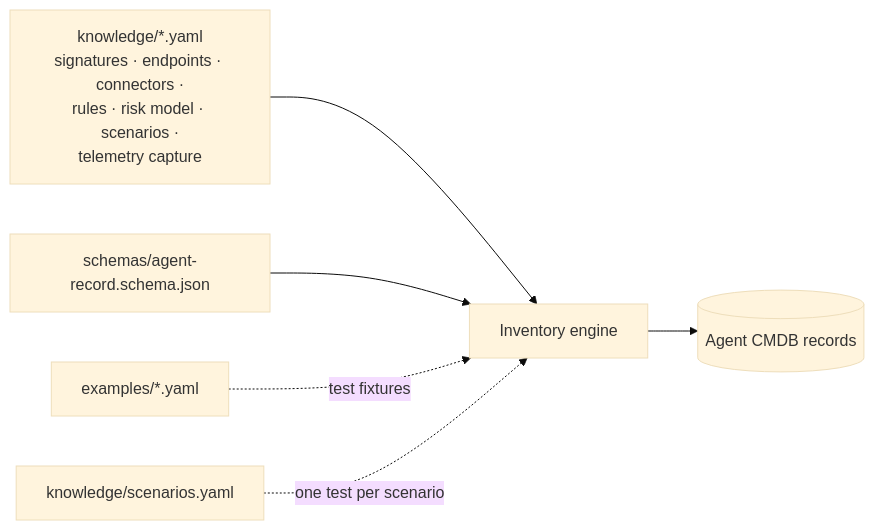
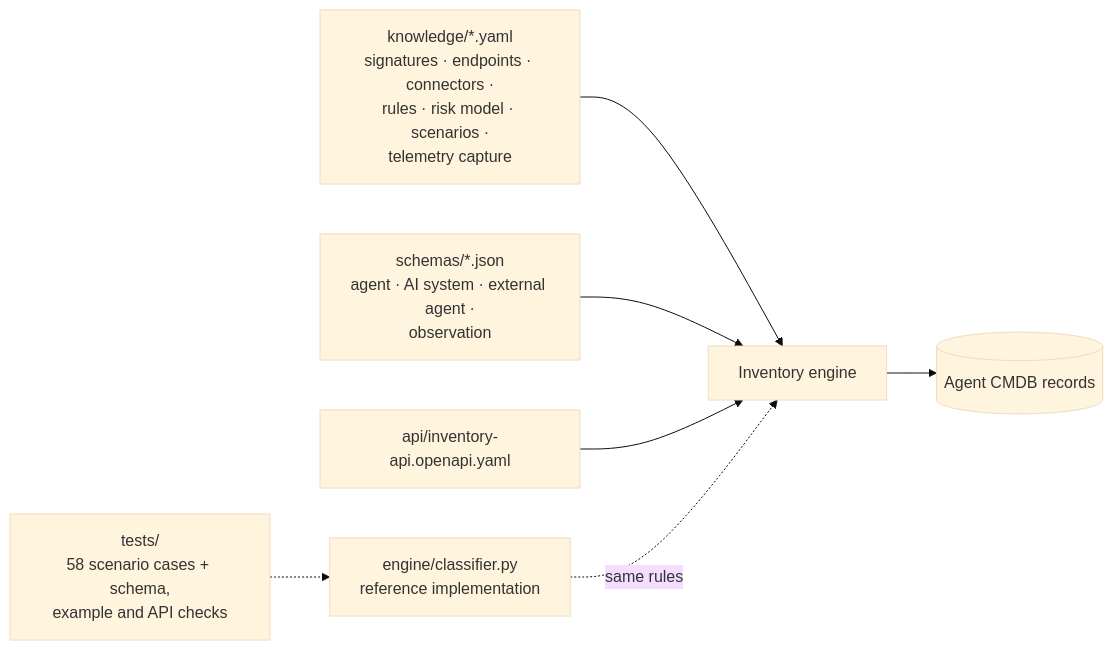
The sixth of 6 diagrams in README.md (r0hitpilla/Agentic-AI), drawn with Mermaid (base theme) before and after one commit. The commit also changed other lines of this file and 35 other files, not shown here.

First line of the commit message:
Close the buildability gaps: deployment, contracts, engine, tests

````diff
--- a/README.md
+++ b/README.md
@@ -218,8 +224,9 @@
 ```mermaid
 flowchart LR
     K["knowledge/*.yaml<br/>signatures · endpoints · connectors ·<br/>rules · risk model · scenarios ·<br/>telemetry capture"] --> E["Inventory engine"]
-    S["schemas/agent-record.schema.json"] --> E
+    S["schemas/*.json<br/>agent · AI system · external agent ·<br/>observation"] --> E
     E --> R[("Agent CMDB records")]
-    X["examples/*.yaml"] -.->|"test fixtures"| E
-    SC["knowledge/scenarios.yaml"] -.->|"one test per scenario"| E
+    A["api/inventory-api.openapi.yaml"] --> E
+    REF["engine/classifier.py<br/>reference implementation"] -.->|"same rules"| E
+    T["tests/<br/>58 scenario cases + schema,<br/>example and API checks"] -.-> REF
 ```
````
